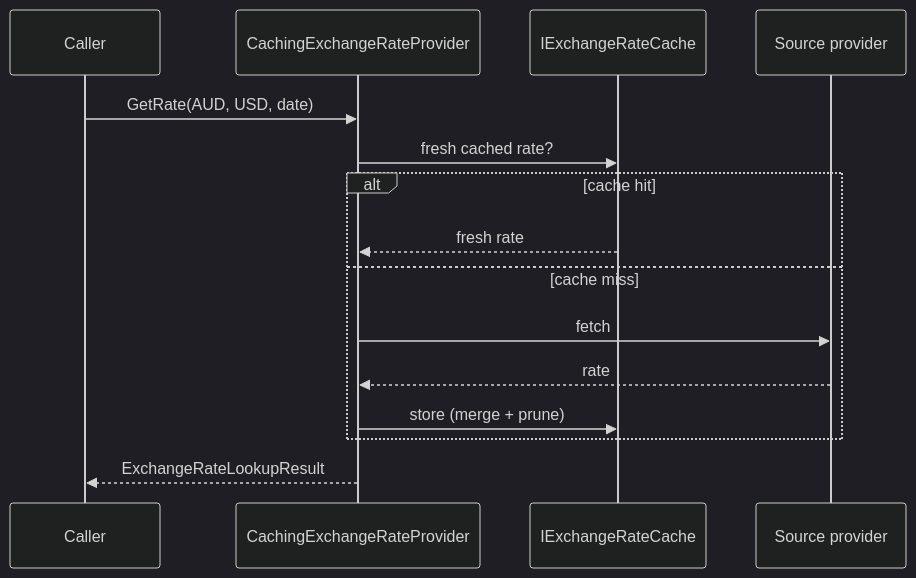
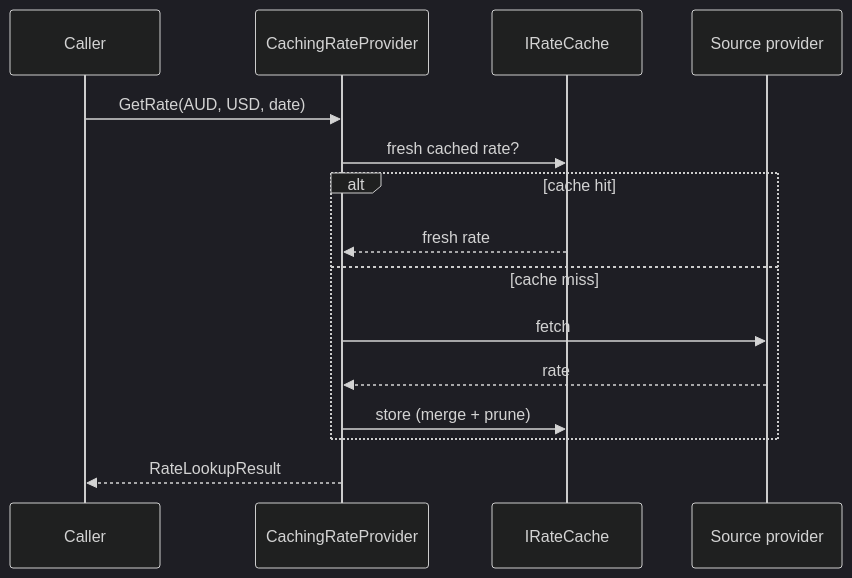
Before and after one commit to bslater/bodu: the first of 3 diagrams in docs/guides/financial/exchange-rate-caching.md, drawn with Mermaid (dark theme). The commit also changed other lines of this file and 53 other files, not shown here.

````diff
--- a/docs/guides/financial/exchange-rate-caching.md
+++ b/docs/guides/financial/exchange-rate-caching.md
@@ -109,17 +109,17 @@
 ```mermaid
 sequenceDiagram
     participant Caller
-    participant Provider as CachingExchangeRateProvider
-    participant Cache as IExchangeRateCache
+    participant Provider as CachingRateProvider
+    participant Cache as IRateCache
     participant Source as Source provider
     Caller->>Provider: GetRate(AUD, USD, date)
     Provider->>Cache: fresh cached rate?
     alt cache hit
         Cache-->>Provider: fresh rate
     else cache miss
         Provider->>Source: fetch
         Source-->>Provider: rate
         Provider->>Cache: store (merge + prune)
     end
-    Provider-->>Caller: ExchangeRateLookupResult
+    Provider-->>Caller: RateLookupResult
 ```
````
